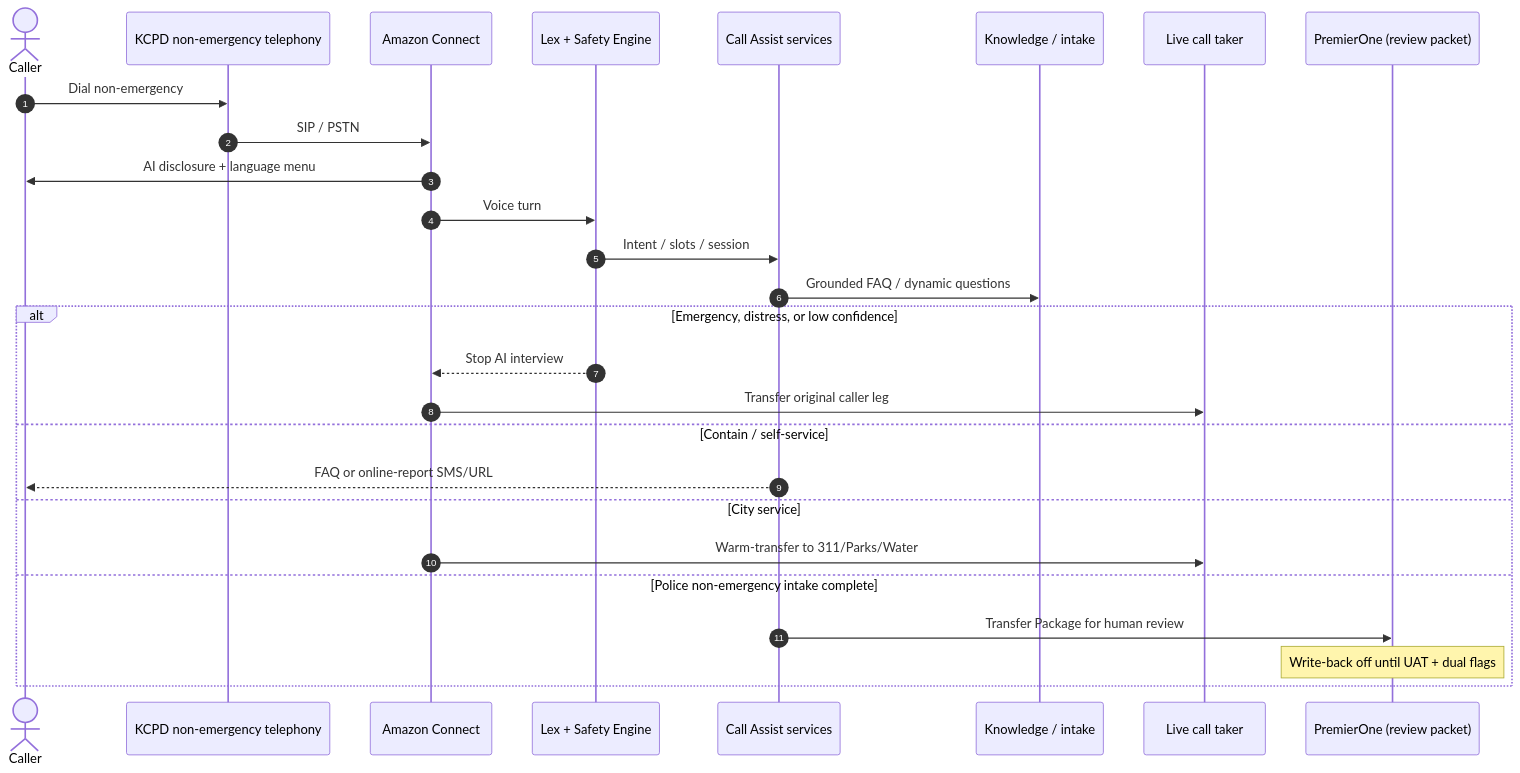
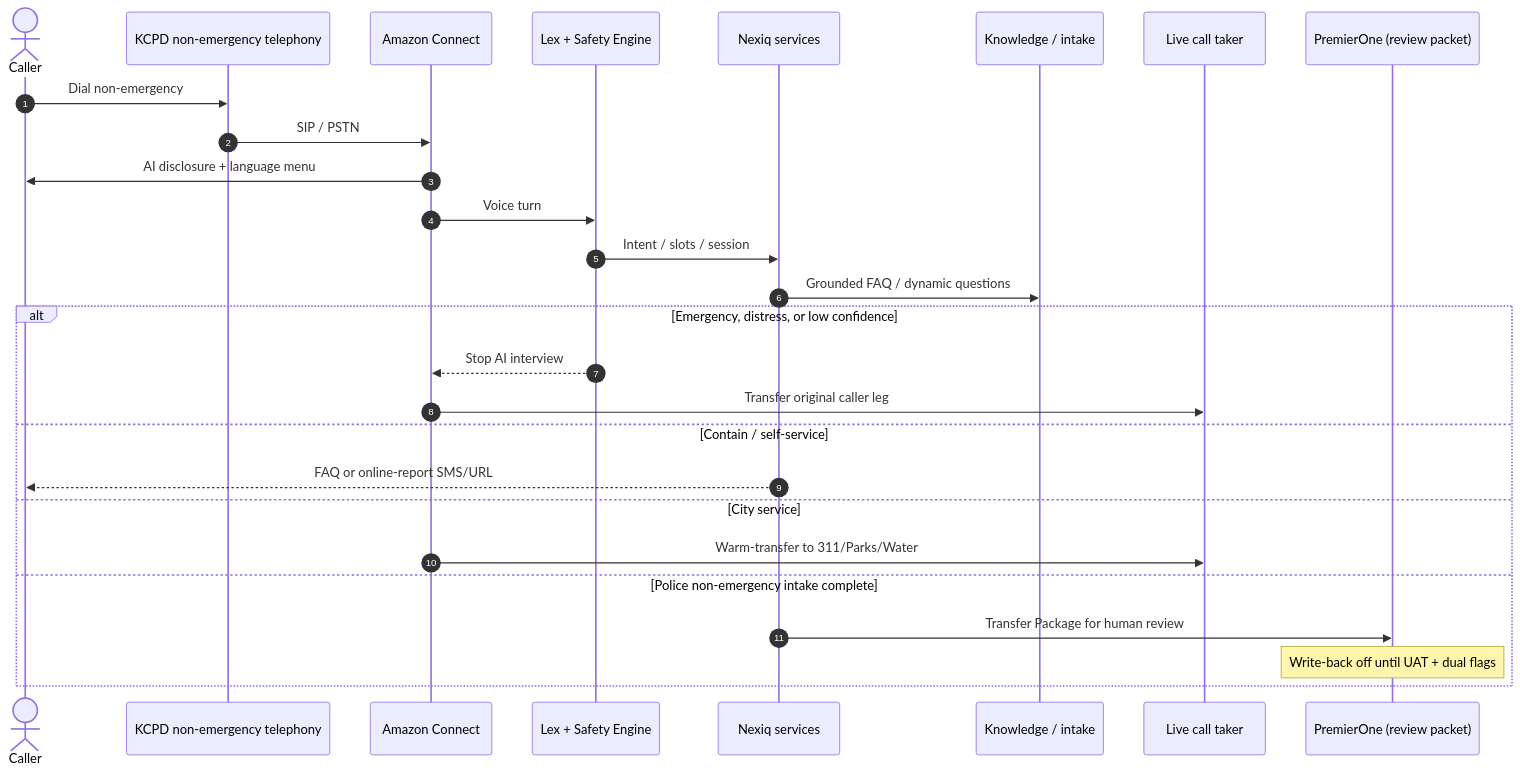
Before and after one commit to memphman2004/rapidcortex: the second of 4 diagrams in docs/rfp/kcpd-2026-0010/07-architecture-overview.md, drawn with Mermaid. The commit also changed other lines of this file and 215 other files, not shown here.

````diff
--- a/docs/rfp/kcpd-2026-0010/07-architecture-overview.md
+++ b/docs/rfp/kcpd-2026-0010/07-architecture-overview.md
@@ -72,30 +72,30 @@
 ```mermaid
 sequenceDiagram
   autonumber
   actor Caller
   participant Tel as KCPD non-emergency telephony
   participant Connect as Amazon Connect
   participant Lex as Lex + Safety Engine
-  participant API as Call Assist services
+  participant API as Nexiq services
   participant KB as Knowledge / intake
   participant Human as Live call taker
   participant CAD as PremierOne (review packet)
 
   Caller->>Tel: Dial non-emergency
   Tel->>Connect: SIP / PSTN
   Connect->>Caller: AI disclosure + language menu
   Connect->>Lex: Voice turn
   Lex->>API: Intent / slots / session
   API->>KB: Grounded FAQ / dynamic questions
   alt Emergency, distress, or low confidence
     Lex-->>Connect: Stop AI interview
     Connect->>Human: Transfer original caller leg
   else Contain / self-service
     API-->>Caller: FAQ or online-report SMS/URL
   else City service
     Connect->>Human: Warm-transfer to 311/Parks/Water
   else Police non-emergency intake complete
     API->>CAD: Transfer Package for human review
     Note over CAD: Write-back off until UAT + dual flags
   end
 ```
````
